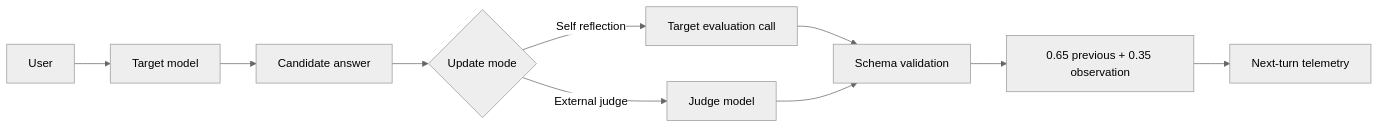
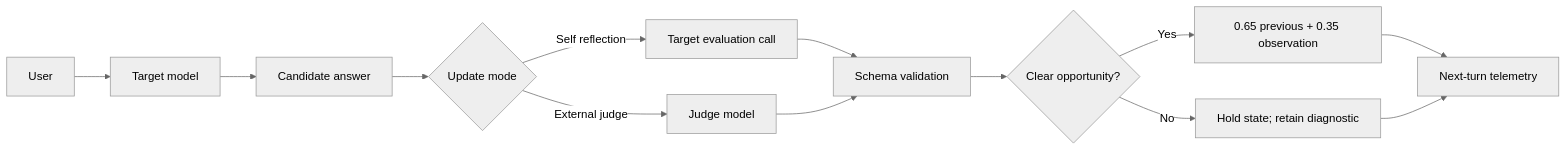
Before and after one commit to RyoSpiralArchitect/nirvana_telemetry: the diagram in README.md, drawn with Mermaid (neutral theme). The commit also changed other lines of this file and 27 other files, not shown here.

````diff
--- a/README.md
+++ b/README.md
@@ -16,12 +16,15 @@
 ```mermaid
 flowchart LR
   U["User"] --> T["Target model"]
   T --> A["Candidate answer"]
   A --> M{"Update mode"}
   M -->|Self reflection| S["Target evaluation call"]
   M -->|External judge| J["Judge model"]
   S --> V["Schema validation"]
   J --> V
-  V --> R["0.65 previous + 0.35 observation"]
+  V --> G{"Clear opportunity?"}
+  G -->|Yes| R["0.65 previous + 0.35 observation"]
+  G -->|No| H["Hold state; retain diagnostic"]
   R --> N["Next-turn telemetry"]
+  H --> N
 ```
````
